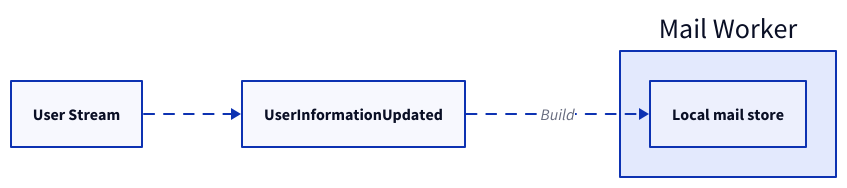
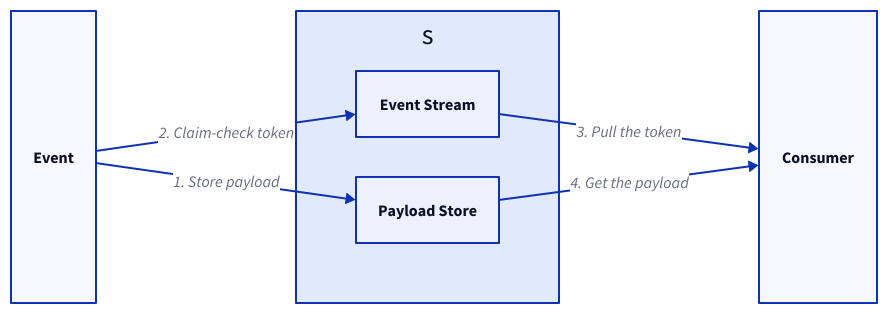
One commit to link1905/system-design-101 changed the eighth of 11 diagrams in content/docs/design-patterns/distributed-job-patterns.md. Above: the diagram before and after it, drawn with D2. The commit also changed other lines of this file and 12 other files, not shown here.

````diff
--- a/content/docs/design-patterns/distributed-job-patterns.md
+++ b/content/docs/design-patterns/distributed-job-patterns.md
@@ -242,20 +249,24 @@
 ```d2
-direction: right
-e: User Stream {
-    class: mq
-}
-u: UserInformationUpdated {
+grid-rows: 1
+horizontal-gap: 200
+m: Event {
     class: msg
 }
-m: Mail Worker {
-    m: Local mail store {
+s {
+    class: none
+    grid-columns: 1
+    e: Event Stream {
+        class: mq
+    }
+    s: Payload Store {
         class: db
     }
 }
-e -> u {
-    style.animated: true
+c: Consumer {
+    class: process
 }
-u -> m.m: Build {
-    style.animated: true
-}
+m -> s.s: 1. Store payload
+m -> s.e: 2. Claim-check token
+c <- s.e: 3. Pull the token
+c <- s.s: 4. Get the payload
 ```
````
